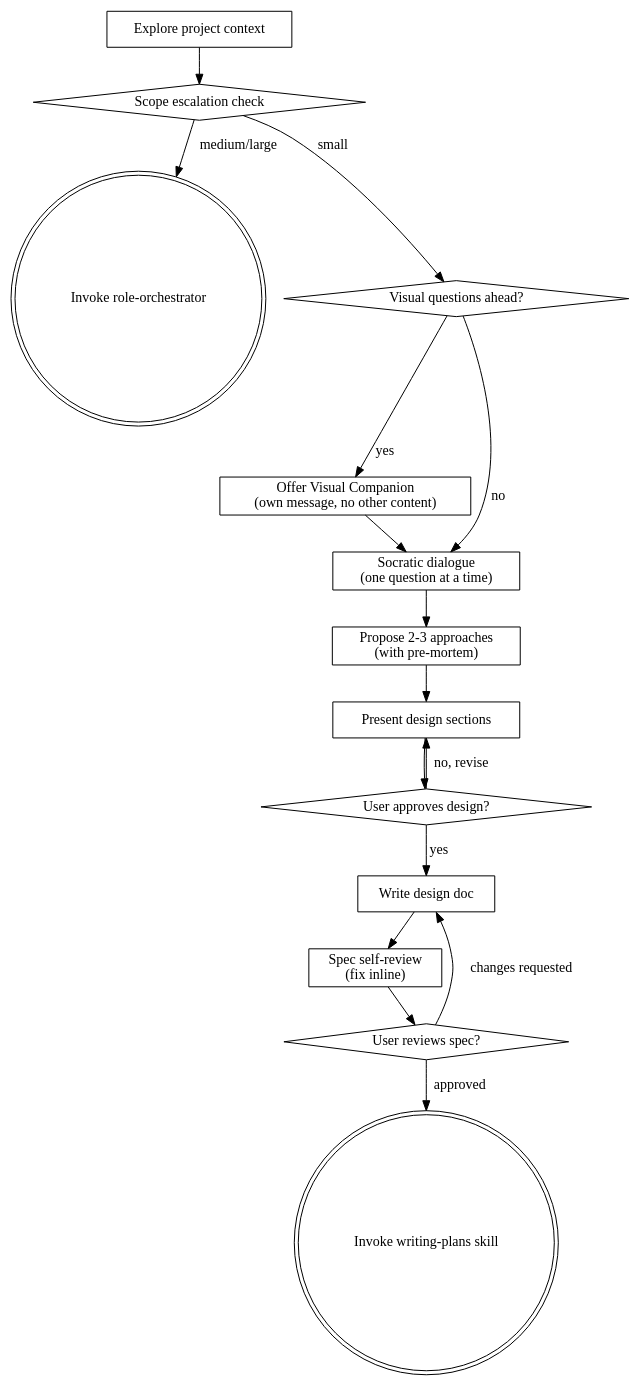
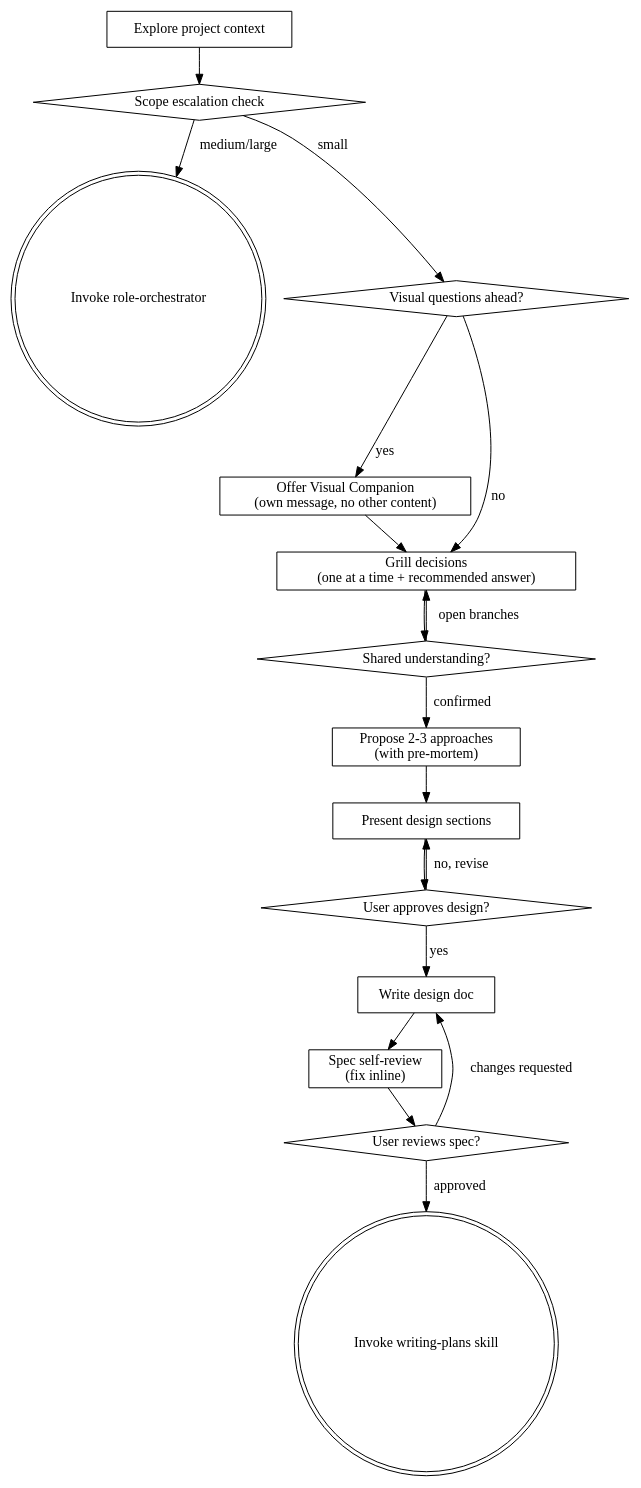
Before and after one commit to tomwangowa/agent-skills: the diagram in brainstorming/SKILL.md, drawn with Graphviz. The commit also changed other lines of this file and 1 other file, not shown here.

````diff
--- a/brainstorming/SKILL.md
+++ b/brainstorming/SKILL.md
@@ -72,33 +83,36 @@
 ```dot
 digraph brainstorming {
     "Explore project context" [shape=box];
     "Scope escalation check" [shape=diamond];
     "Invoke role-orchestrator" [shape=doublecircle];
     "Visual questions ahead?" [shape=diamond];
     "Offer Visual Companion\n(own message, no other content)" [shape=box];
-    "Socratic dialogue\n(one question at a time)" [shape=box];
+    "Grill decisions\n(one at a time + recommended answer)" [shape=box];
+    "Shared understanding?" [shape=diamond];
     "Propose 2-3 approaches\n(with pre-mortem)" [shape=box];
     "Present design sections" [shape=box];
     "User approves design?" [shape=diamond];
     "Write design doc" [shape=box];
     "Spec self-review\n(fix inline)" [shape=box];
     "User reviews spec?" [shape=diamond];
     "Invoke writing-plans skill" [shape=doublecircle];
 
     "Explore project context" -> "Scope escalation check";
     "Scope escalation check" -> "Invoke role-orchestrator" [label="medium/large"];
     "Scope escalation check" -> "Visual questions ahead?" [label="small"];
     "Visual questions ahead?" -> "Offer Visual Companion\n(own message, no other content)" [label="yes"];
-    "Visual questions ahead?" -> "Socratic dialogue\n(one question at a time)" [label="no"];
-    "Offer Visual Companion\n(own message, no other content)" -> "Socratic dialogue\n(one question at a time)";
-    "Socratic dialogue\n(one question at a time)" -> "Propose 2-3 approaches\n(with pre-mortem)";
+    "Visual questions ahead?" -> "Grill decisions\n(one at a time + recommended answer)" [label="no"];
+    "Offer Visual Companion\n(own message, no other content)" -> "Grill decisions\n(one at a time + recommended answer)";
+    "Grill decisions\n(one at a time + recommended answer)" -> "Shared understanding?";
+    "Shared understanding?" -> "Grill decisions\n(one at a time + recommended answer)" [label="open branches"];
+    "Shared understanding?" -> "Propose 2-3 approaches\n(with pre-mortem)" [label="confirmed"];
     "Propose 2-3 approaches\n(with pre-mortem)" -> "Present design sections";
     "Present design sections" -> "User approves design?";
     "User approves design?" -> "Present design sections" [label="no, revise"];
     "User approves design?" -> "Write design doc" [label="yes"];
     "Write design doc" -> "Spec self-review\n(fix inline)";
     "Spec self-review\n(fix inline)" -> "User reviews spec?";
     "User reviews spec?" -> "Write design doc" [label="changes requested"];
     "User reviews spec?" -> "Invoke writing-plans skill" [label="approved"];
 }
 ```
````
